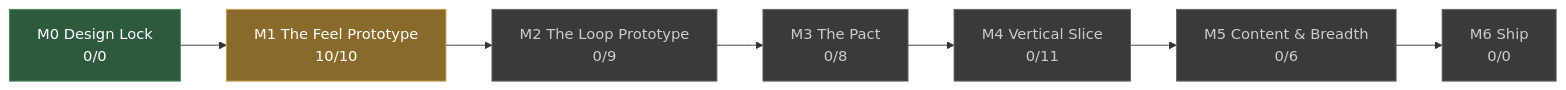
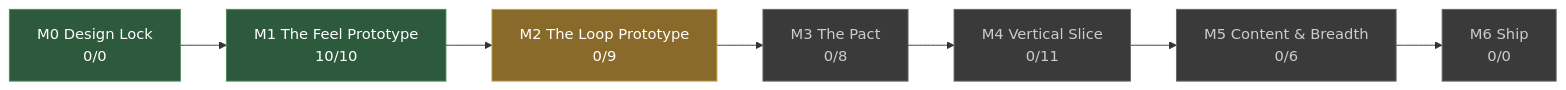
The diagram in docs/STATUS.md (JoshuaGessner/she), drawn with Mermaid before and after one commit. The commit also changed other lines of this file and 3 other files, not shown here.

First line of the commit message:
M1 EXIT gate passed — the feel prototype holds up two-up

````diff
--- a/docs/STATUS.md
+++ b/docs/STATUS.md
@@ -13,19 +13,19 @@
 ```mermaid
 flowchart LR
   M0["M0 Design Lock<br/>0/0"]:::passed
-  M1["M1 The Feel Prototype<br/>10/10"]:::current
+  M1["M1 The Feel Prototype<br/>10/10"]:::passed
   M0 --> M1
-  M2["M2 The Loop Prototype<br/>0/9"]:::ahead
+  M2["M2 The Loop Prototype<br/>0/9"]:::current
   M1 --> M2
   M3["M3 The Pact<br/>0/8"]:::ahead
   M2 --> M3
   M4["M4 Vertical Slice<br/>0/11"]:::ahead
   M3 --> M4
   M5["M5 Content & Breadth<br/>0/6"]:::ahead
   M4 --> M5
   M6["M6 Ship<br/>0/0"]:::ahead
   M5 --> M6
   classDef passed fill:#2d5a3d,stroke:#4a8a5f,color:#fff
   classDef current fill:#8a6a2a,stroke:#c8a04a,color:#fff
   classDef ahead fill:#3a3a3a,stroke:#666,color:#ccc
 ```
````
